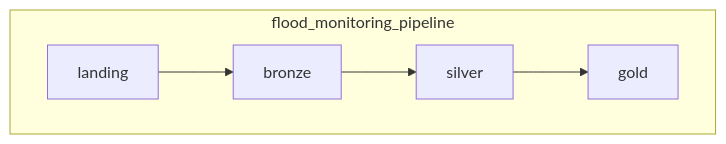
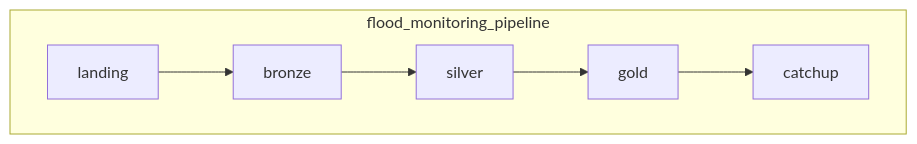
Before and after one commit to Fury0508/flood-monitoring-pipeline: the first of 2 diagrams in README.md, drawn with Mermaid. The commit also changed other lines of this file and 23 other files, not shown here.

````diff
--- a/README.md
+++ b/README.md
@@ -37,7 +37,7 @@
 ```mermaid
 flowchart LR
     subgraph orchestrator [flood_monitoring_pipeline]
         direction LR
-        L[landing] --> B[bronze] --> S[silver] --> G[gold]
+        L[landing] --> B[bronze] --> S[silver] --> G[gold] --> C[catchup]
     end
 ```
````
